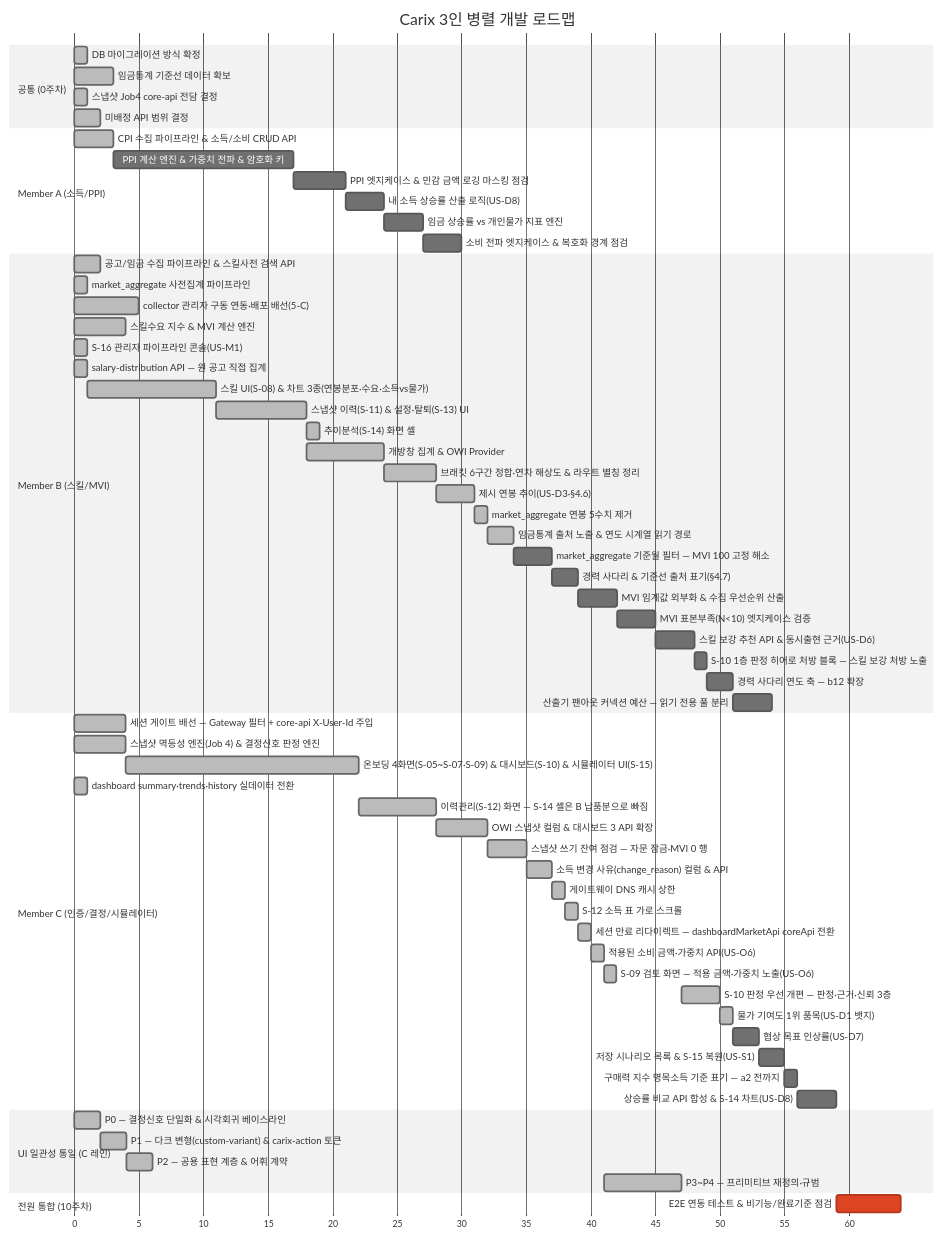
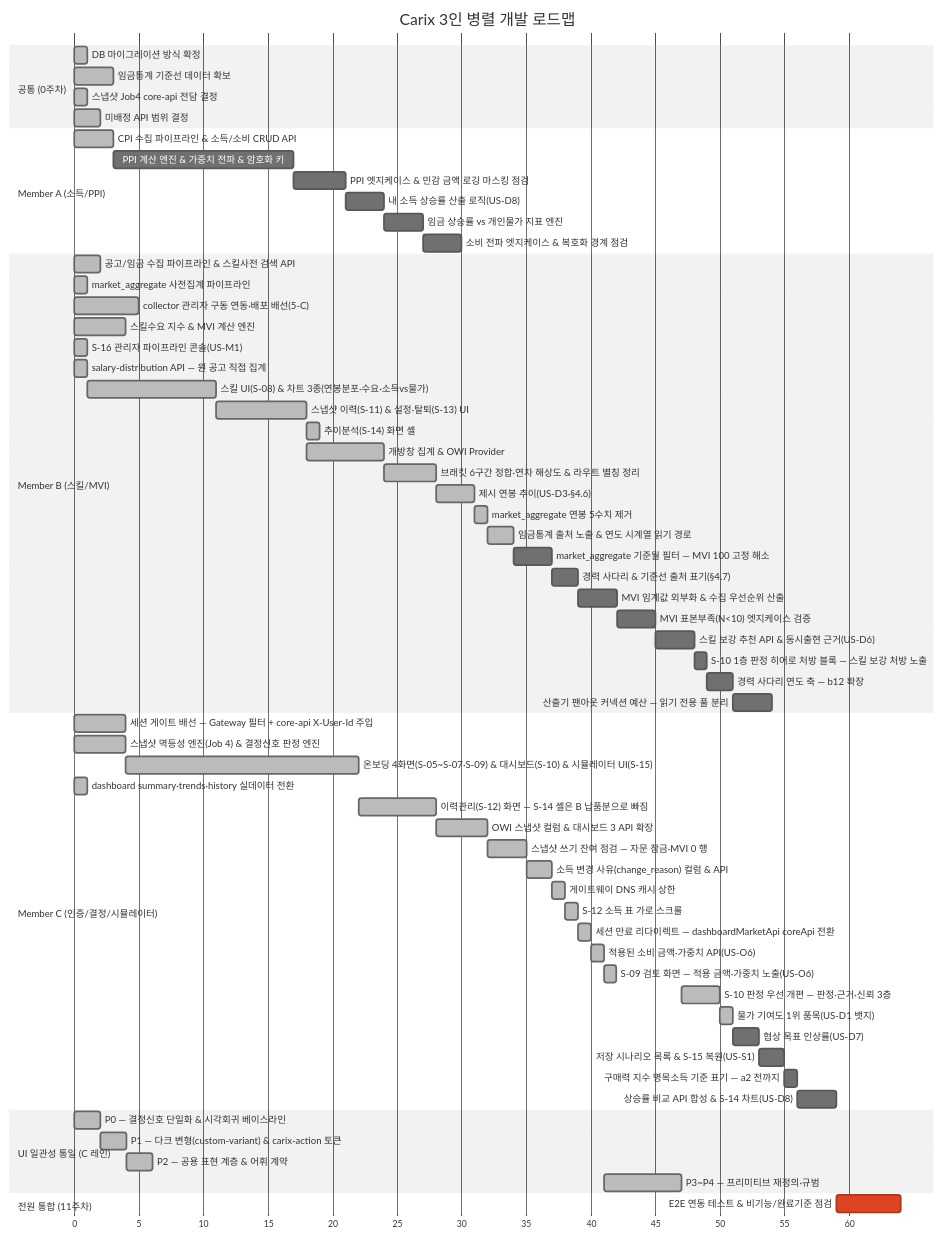
One commit to SeoHyeokGyu/Carix changed the first of 2 diagrams in docs/plans/carix-dev-plan.md. Above: the diagram before and after it, drawn with Mermaid (neutral theme). The commit also changed other lines of this file, not shown here.

````diff
--- a/docs/plans/carix-dev-plan.md
+++ b/docs/plans/carix-dev-plan.md
@@ -89,68 +89,68 @@
 ```mermaid
 gantt
     title Carix 3인 병렬 개발 로드맵
     dateFormat X
     axisFormat %s
     section 공통 (0주차)
     DB 마이그레이션 방식 확정 :done, c0a, 0, 1s
     임금통계 기준선 데이터 확보 :done, a0, 3, 3s
     스냅샷 Job4 core-api 전담 결정 :done, i0, 7, 1s
     미배정 API 범위 결정 :done, c0, 7, 2s
     section Member A (소득/PPI)
     CPI 수집 파이프라인 & 소득/소비 CRUD API :done, a1, 12, 3s
     PPI 계산 엔진 & 가중치 전파 & 암호화 키 :a2, after a1, 14s
     PPI 엣지케이스 & 민감 금액 로깅 마스킹 점검 :a7, after a2, 4s
     내 소득 상승률 산출 로직(US-D8) :a9, after a7, 3s
     임금 상승률 vs 개인물가 지표 엔진 :a10, after a9, 3s
     소비 전파 엣지케이스 & 복호화 경계 점검 :a12, after a10, 3s
     section Member B (스킬/MVI)
     공고/임금 수집 파이프라인 & 스킬사전 검색 API :done, b1, 2, 2s
     market_aggregate 사전집계 파이프라인 :done, b2a, 3, 1s
     collector 관리자 구동 연동·배포 배선(5-C) :done, b0, 7, 5s
     스킬수요 지수 & MVI 계산 엔진 :done, b2, 8, 4s
     S-16 관리자 파이프라인 콘솔(US-M1) :done, b16, 14, 1s
     salary-distribution API — 원 공고 직접 집계 :done, b3a, 15, 1s
     스킬 UI(S-08) & 차트 3종(연봉분포·수요·소득vs물가) :done, b3, after b3a, 10s
     스냅샷 이력(S-11) & 설정·탈퇴(S-13) UI :done, b4, after b3, 7s
     추이분석(S-14) 화면 셸 :done, b4a, after b4, 1s
     개방창 집계 & OWI Provider :done, b6, after b4, 6s
     브래킷 6구간 정합·연차 해상도 & 라우트 별칭 정리 :done, b7, after b6, 4s
     제시 연봉 추이(US-D3·§4.6) :done, b10, after b7, 3s
     market_aggregate 연봉 5수치 제거 :done, b11, after b10, 1s
     임금통계 출처 노출 & 연도 시계열 읽기 경로 :done, b13, after b11, 2s
     market_aggregate 기준월 필터 — MVI 100 고정 해소 :b18, after b13, 3s
     경력 사다리 & 기준선 출처 표기(§4.7) :b12, after b18, 2s
     MVI 임계값 외부화 & 수집 우선순위 산출 :b8, after b12, 3s
     MVI 표본부족(N<10) 엣지케이스 검증 :b8a, after b8, 3s
     스킬 보강 추천 API & 동시출현 근거(US-D6) :b9, after b8a, 3s
     S-10 1층 판정 히어로 처방 블록 — 스킬 보강 처방 노출 :b15, after b9, 1s
     경력 사다리 연도 축 — b12 확장 :b14, after b15, 2s
     산출기 팬아웃 커넥션 예산 — 읽기 전용 풀 분리 :b17, after b14, 3s
     section Member C (인증/결정/시뮬레이터)
     세션 게이트 배선 — Gateway 필터 + core-api X-User-Id 주입 :done, c0b, 7, 4s
     스냅샷 멱등성 엔진(Job 4) & 결정신호 판정 엔진 :done, c2, 8, 4s
     온보딩 4화면(S-05~S-07·S-09) & 대시보드(S-10) & 시뮬레이터 UI(S-15) :done, c3, after c2, 18s
     dashboard summary·trends·history 실데이터 전환 :done, c4a, 15, 1s
     이력관리(S-12) 화면 — S-14 셸은 B 납품분으로 빠짐 :done, c4, after c3, 6s
     OWI 스냅샷 컬럼 & 대시보드 3 API 확장 :done, c6, after c4, 4s
     스냅샷 쓰기 잔여 점검 — 자문 잠금·MVI 0 행 :done, c5, after c6, 3s
     소득 변경 사유(change_reason) 컬럼 & API :done, c10, after c5, 2s
     게이트웨이 DNS 캐시 상한 :done, c7, after c10, 1s
     S-12 소득 표 가로 스크롤 :done, c13, after c7, 1s
     세션 만료 리다이렉트 — dashboardMarketApi coreApi 전환 :done, c16, after c13, 1s
     적용된 소비 금액·가중치 API(US-O6) :done, c11, after c16, 1s
     S-09 검토 화면 — 적용 금액·가중치 노출(US-O6) :done, c17, after c11, 1s
     S-10 판정 우선 개편 — 판정·근거·신뢰 3층 :done, c15, after ui3, 3s
     물가 기여도 1위 품목(US-D1 뱃지) :done, c12, after c15, 1s
     협상 목표 인상률(US-D7) :c8, after c12, 2s
     저장 시나리오 목록 & S-15 복원(US-S1) :c9, after c8, 2s
     구매력 지수 명목소득 기준 표기 — a2 전까지 :c18, after c9, 1s
     상승률 비교 API 합성 & S-14 차트(US-D8) :c14, after c18 a9 a10 b13, 3s
     section UI 일관성 통일 (C 레인)
     P0 — 결정신호 단일화 & 시각회귀 베이스라인 :done, ui0, 33, 2s
     P1 — 다크 변형(custom-variant) & carix-action 토큰 :done, ui1, after ui0, 2s
     P2 — 공용 표현 계층 & 어휘 계약 :done, ui2, after ui1, 2s
     P3~P4 — 프리미티브 재정의·규범 :done, ui3, after c11, 6s
-    section 전원 통합 (10주차)
+    section 전원 통합 (11주차)
     E2E 연동 테스트 & 비기능/완료기준 점검 :crit, e2e, after a12 b14 c14, 5s
 ```
````
